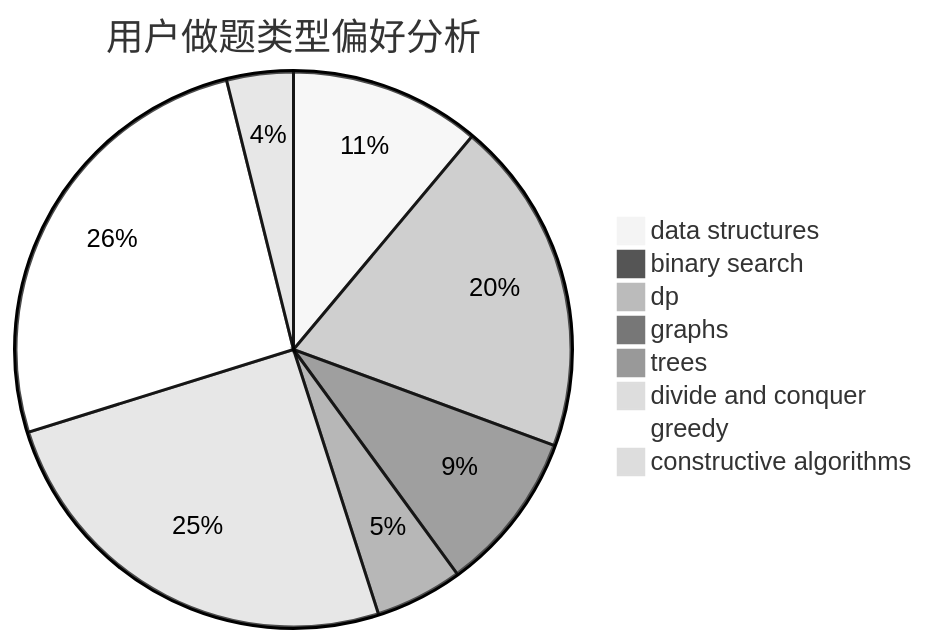
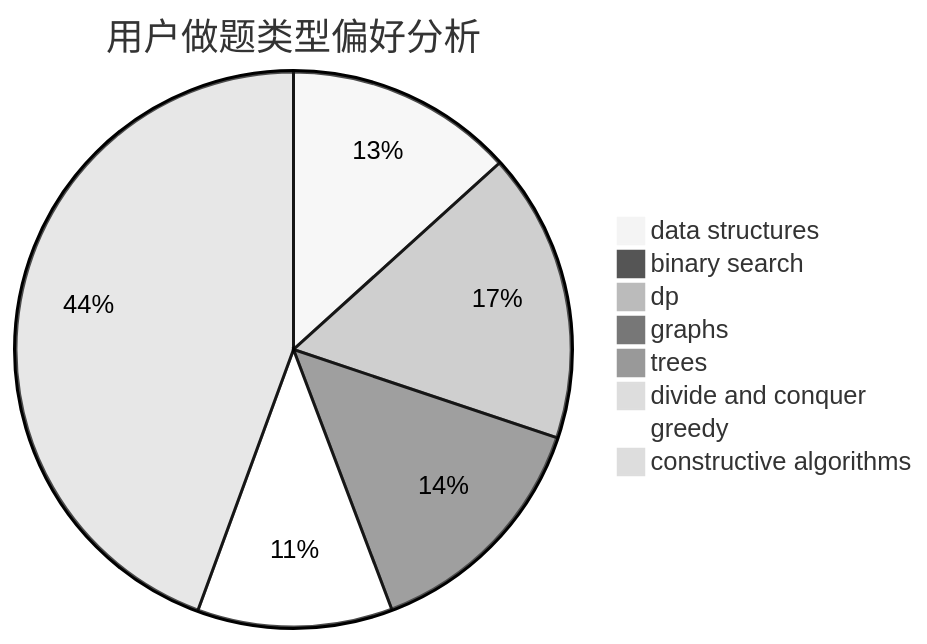
One commit to sherpahu/cfrs.github.io changed the second of 3 diagrams in docs/user/u794.md. Above: the diagram before and after it, drawn with Mermaid (neutral theme). The commit also changed other lines of this file and 2770 other files, not shown here.

````diff
--- a/docs/user/u794.md
+++ b/docs/user/u794.md
@@ -23,11 +23,11 @@
 ```mermaid
 pie title 用户做题类型偏好分析
-    "data structures" :  83
-    "binary search" :  0
-    "dp" :  146
-    "graphs" :  70
-    "trees" :  38
-    "divide and conquer" :  188
-    "greedy" :  194
-    "constructive algorithms" :  29
+    "data structures" :  82
+    "binary search" :  2
+    "dp" :  104
+    "graphs" :  87
+    "trees" :  0
+    "divide and conquer" :  0
+    "greedy" :  70
+    "constructive algorithms" :  274
 ```
````
